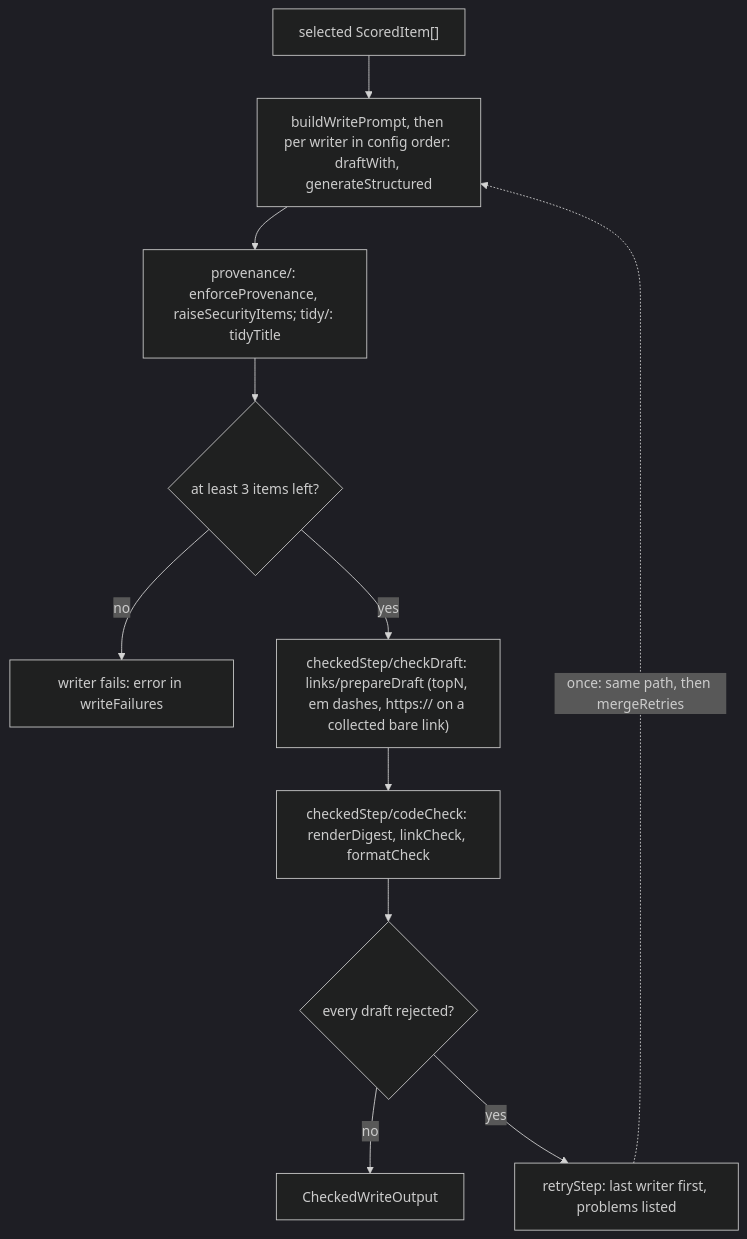
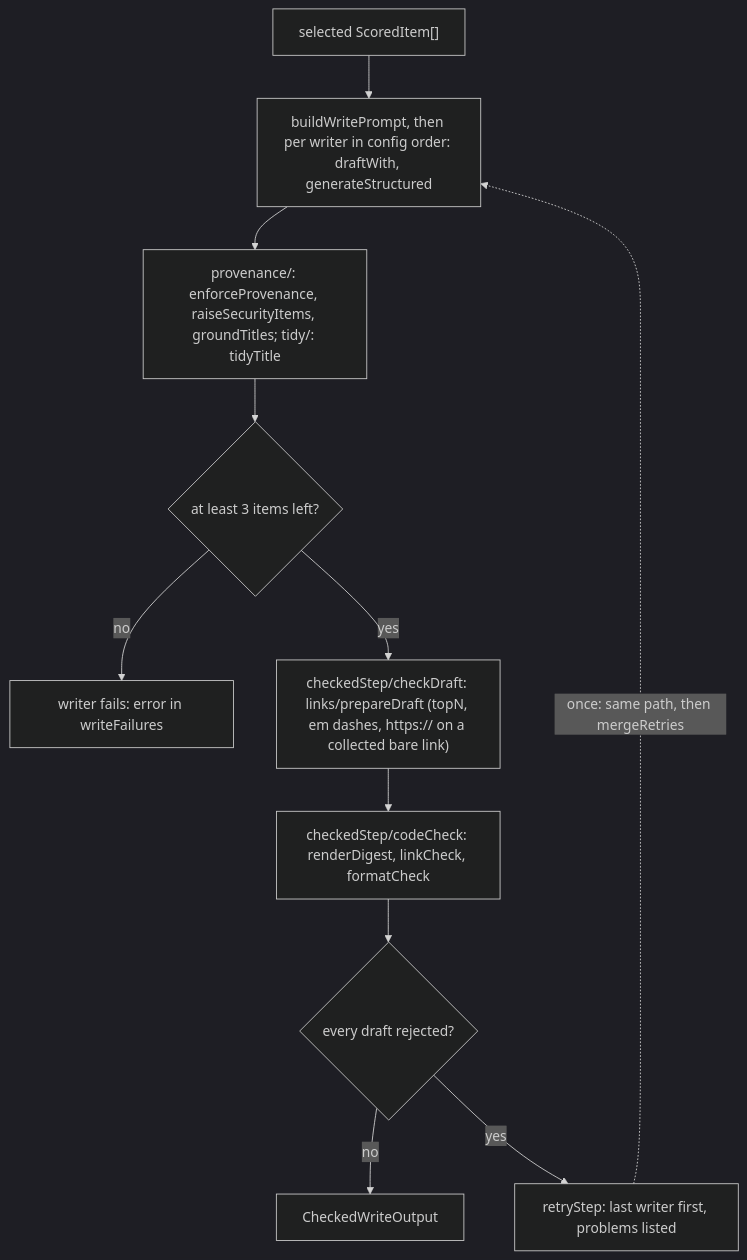
Before and after one commit to odere-pro/weekly-engineering-digest-agent: the second of 2 diagrams in src/write/CLAUDE.md, drawn with Mermaid (dark theme). The commit also changed other lines of this file and 8 other files, not shown here.

````diff
--- a/src/write/CLAUDE.md
+++ b/src/write/CLAUDE.md
@@ -22,13 +22,13 @@
 ```mermaid
 flowchart TD
   items["selected ScoredItem[]"] --> gen["buildWritePrompt, then per writer in config order: draftWith, generateStructured"]
-  gen --> prov["provenance/: enforceProvenance, raiseSecurityItems; tidy/: tidyTitle"]
+  gen --> prov["provenance/: enforceProvenance, raiseSecurityItems, groundTitles; tidy/: tidyTitle"]
   prov --> enough{"at least 3 items left?"}
   enough -->|no| fail["writer fails: error in writeFailures"]
   enough -->|yes| prep["checkedStep/checkDraft: links/prepareDraft (topN, em dashes, https:// on a collected bare link)"]
   prep --> chk["checkedStep/codeCheck: renderDigest, linkCheck, formatCheck"]
   chk --> all{"every draft rejected?"}
   all -->|no| done["CheckedWriteOutput"]
   all -->|yes| retry["retryStep: last writer first, problems listed"]
   retry -.->|"once: same path, then mergeRetries"| gen
 ```
````
